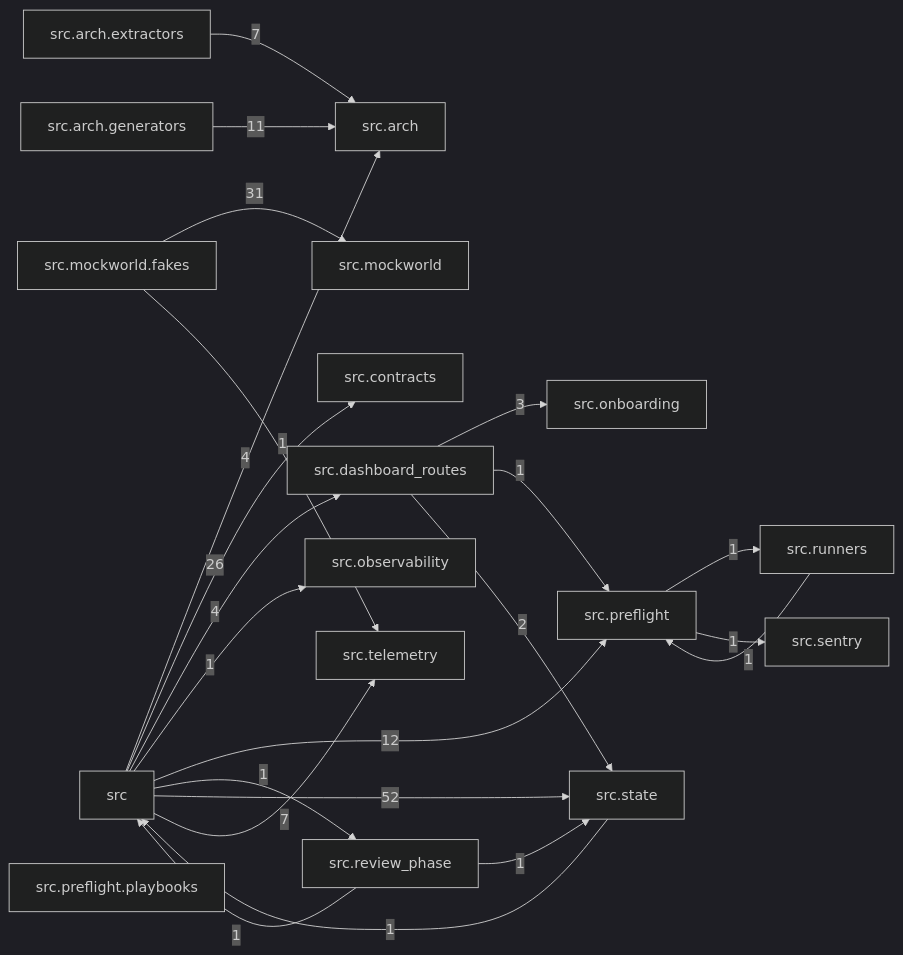
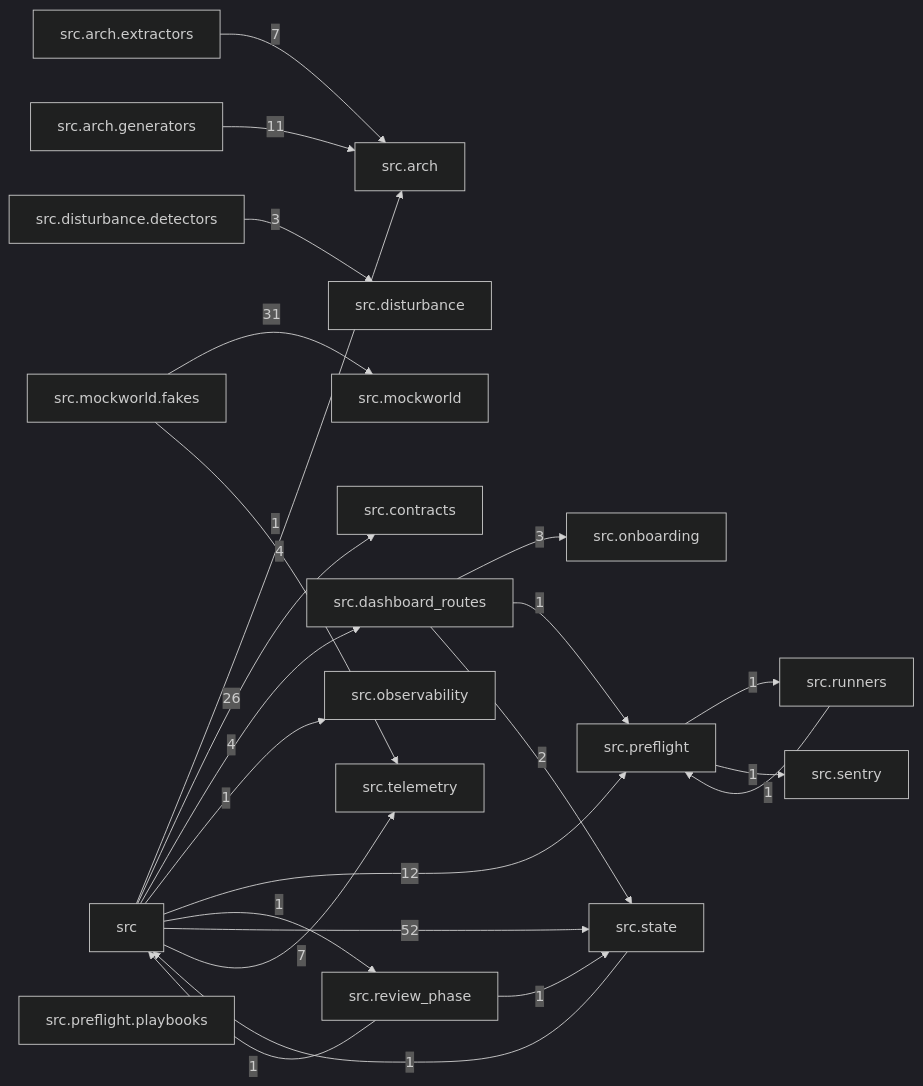
The diagram in docs/arch/generated/modules.md (T-rav/hydraflow), drawn with Mermaid (dark theme) before and after one commit. The commit also changed 24 other files, not shown here.

First line of the commit message:
feat(disturbance): Phase A — feedforward disturbance dampener (gate + 2 detectors) (#9682)

````diff
--- a/docs/arch/generated/modules.md
+++ b/docs/arch/generated/modules.md
@@ -7,41 +7,44 @@
 ```mermaid
 graph LR
     src["src"]
     src_arch["src.arch"]
     src_arch_extractors["src.arch.extractors"]
     src_arch_generators["src.arch.generators"]
     src_contracts["src.contracts"]
     src_dashboard_routes["src.dashboard_routes"]
+    src_disturbance["src.disturbance"]
+    src_disturbance_detectors["src.disturbance.detectors"]
     src_mockworld["src.mockworld"]
     src_mockworld_fakes["src.mockworld.fakes"]
     src_observability["src.observability"]
     src_onboarding["src.onboarding"]
     src_preflight["src.preflight"]
     src_preflight_playbooks["src.preflight.playbooks"]
     src_review_phase["src.review_phase"]
     src_runners["src.runners"]
     src_sentry["src.sentry"]
     src_state["src.state"]
     src_telemetry["src.telemetry"]
     src -- "4" --> src_arch
     src -- "26" --> src_contracts
     src -- "4" --> src_dashboard_routes
     src -- "1" --> src_observability
     src -- "12" --> src_preflight
     src -- "1" --> src_review_phase
     src -- "52" --> src_state
     src -- "7" --> src_telemetry
     src_arch_extractors -- "7" --> src_arch
     src_arch_generators -- "11" --> src_arch
     src_dashboard_routes -- "3" --> src_onboarding
     src_dashboard_routes -- "1" --> src_preflight
     src_dashboard_routes -- "2" --> src_state
+    src_disturbance_detectors -- "3" --> src_disturbance
     src_mockworld_fakes -- "31" --> src_mockworld
     src_mockworld_fakes -- "1" --> src_telemetry
     src_preflight -- "1" --> src_runners
     src_preflight -- "1" --> src_sentry
     src_review_phase -- "1" --> src
     src_review_phase -- "1" --> src_state
     src_runners -- "1" --> src_preflight
     src_state -- "1" --> src
 ```
````
